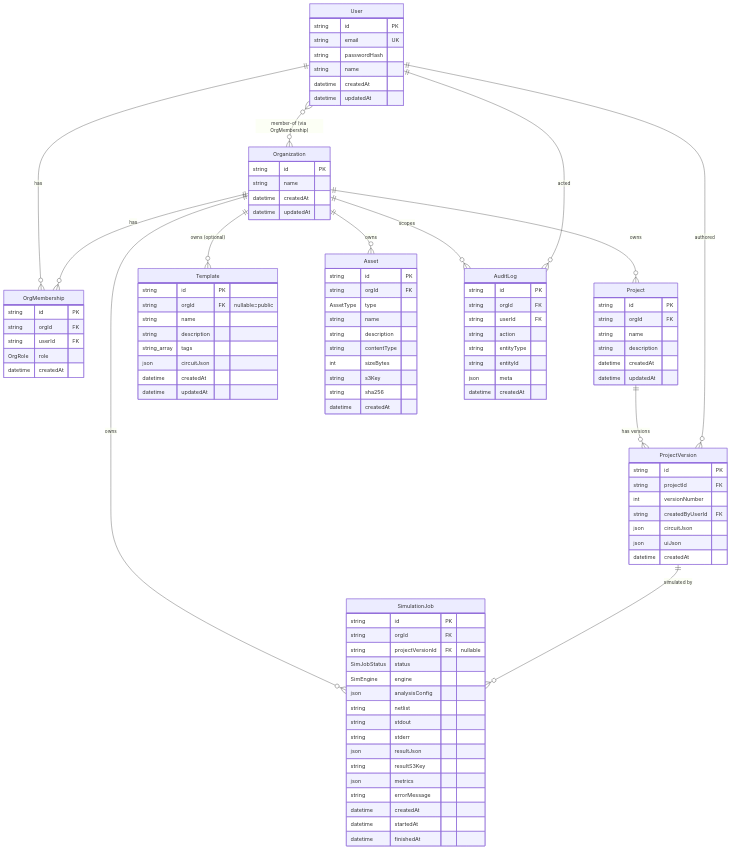
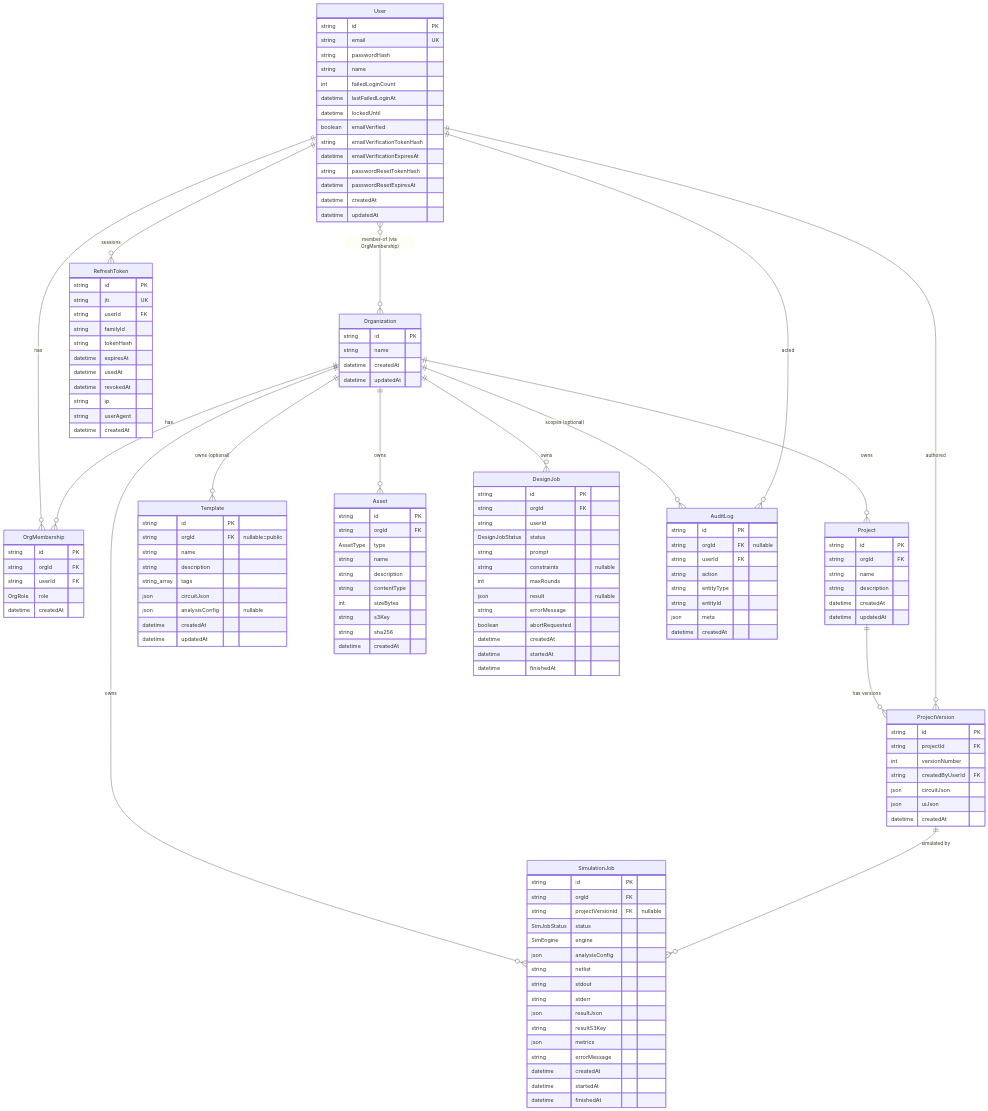
The diagram in docs/DATA_MODEL.md (Abdulberk/circuit-forge), drawn with Mermaid before and after one commit. The commit also changed other lines of this file and 10 other files, not shown here.

```diff
--- a/docs/DATA_MODEL.md
+++ b/docs/DATA_MODEL.md
@@ -364,11 +476,14 @@
     Organization ||--o{ OrgMembership : "has"
     User }o--o{ Organization : "member-of (via OrgMembership)"
 
+    User ||--o{ RefreshToken : "sessions"
+
     Organization ||--o{ Project : "owns"
     Organization ||--o{ Template : "owns (optional)"
     Organization ||--o{ Asset : "owns"
     Organization ||--o{ SimulationJob : "owns"
-    Organization ||--o{ AuditLog : "scopes"
+    Organization ||--o{ DesignJob : "owns"
+    Organization ||--o{ AuditLog : "scopes (optional)"
 
     Project ||--o{ ProjectVersion : "has versions"
     User ||--o{ ProjectVersion : "authored"
@@ -381,8 +496,29 @@
         string email UK
         string passwordHash
         string name
+        int failedLoginCount
+        datetime lastFailedLoginAt
+        datetime lockedUntil
+        boolean emailVerified
+        string emailVerificationTokenHash
+        datetime emailVerificationExpiresAt
+        string passwordResetTokenHash
+        datetime passwordResetExpiresAt
         datetime createdAt
         datetime updatedAt
+    }
+    RefreshToken {
+        string id PK
+        string jti UK
+        string userId FK
+        string familyId
+        string tokenHash
+        datetime expiresAt
+        datetime usedAt
+        datetime revokedAt
+        string ip
+        string userAgent
+        datetime createdAt
     }
     Organization {
         string id PK
@@ -421,6 +557,7 @@
         string description
         string_array tags
         json circuitJson
+        json analysisConfig "nullable"
         datetime createdAt
         datetime updatedAt
     }
@@ -454,9 +591,24 @@
         datetime startedAt
         datetime finishedAt
     }
+    DesignJob {
+        string id PK
+        string orgId FK
+        string userId
+        DesignJobStatus status
+        string prompt
+        string constraints "nullable"
+        int maxRounds
+        json result "nullable"
+        string errorMessage
+        boolean abortRequested
+        datetime createdAt
+        datetime startedAt
+        datetime finishedAt
+    }
     AuditLog {
         string id PK
-        string orgId FK
+        string orgId FK "nullable"
         string userId FK
         string action
         string entityType
```
